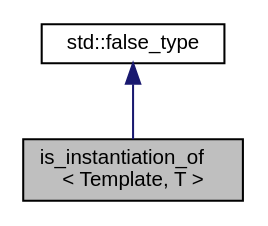
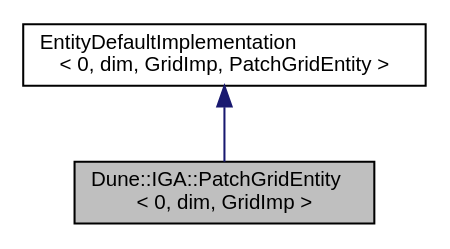
Before and after one commit to rath3t/dune-iga-doc: the diagram in d6/da1/a01233.dot, drawn with Graphviz. The commit also changed 1636 other files, not shown here.

Commit message:
deploy: rath3t/dune-iga@0dc5b20bcd5bd6b8e38b3e25e9ffedadfcd46ecb

```diff
--- a/d6/da1/a01233.dot
+++ b/d6/da1/a01233.dot
@@ -1,9 +1,9 @@
-digraph "is_instantiation_of&lt; Template, T &gt;"
+digraph "Dune::IGA::PatchGridEntity&lt; 0, dim, GridImp &gt;"
 {
  // LATEX_PDF_SIZE
   edge [fontname="Helvetica",fontsize="10",labelfontname="Helvetica",labelfontsize="10"];
   node [fontname="Helvetica",fontsize="10",shape=record];
-  Node1 [label="is_instantiation_of\l\< Template, T \>",height=0.2,width=0.4,color="black", fillcolor="grey75", style="filled", fontcolor="black",tooltip=" "];
+  Node1 [label="Dune::IGA::PatchGridEntity\l\< 0, dim, GridImp \>",height=0.2,width=0.4,color="black", fillcolor="grey75", style="filled", fontcolor="black",tooltip="Specialization for codim-0-entities."];
   Node2 -> Node1 [dir="back",color="midnightblue",fontsize="10",style="solid",fontname="Helvetica"];
-  Node2 [label="std::false_type",height=0.2,width=0.4,color="black", fillcolor="white", style="filled",tooltip=" "];
+  Node2 [label="EntityDefaultImplementation\l\< 0, dim, GridImp, PatchGridEntity \>",height=0.2,width=0.4,color="black", fillcolor="white", style="filled",tooltip=" "];
 }
```
